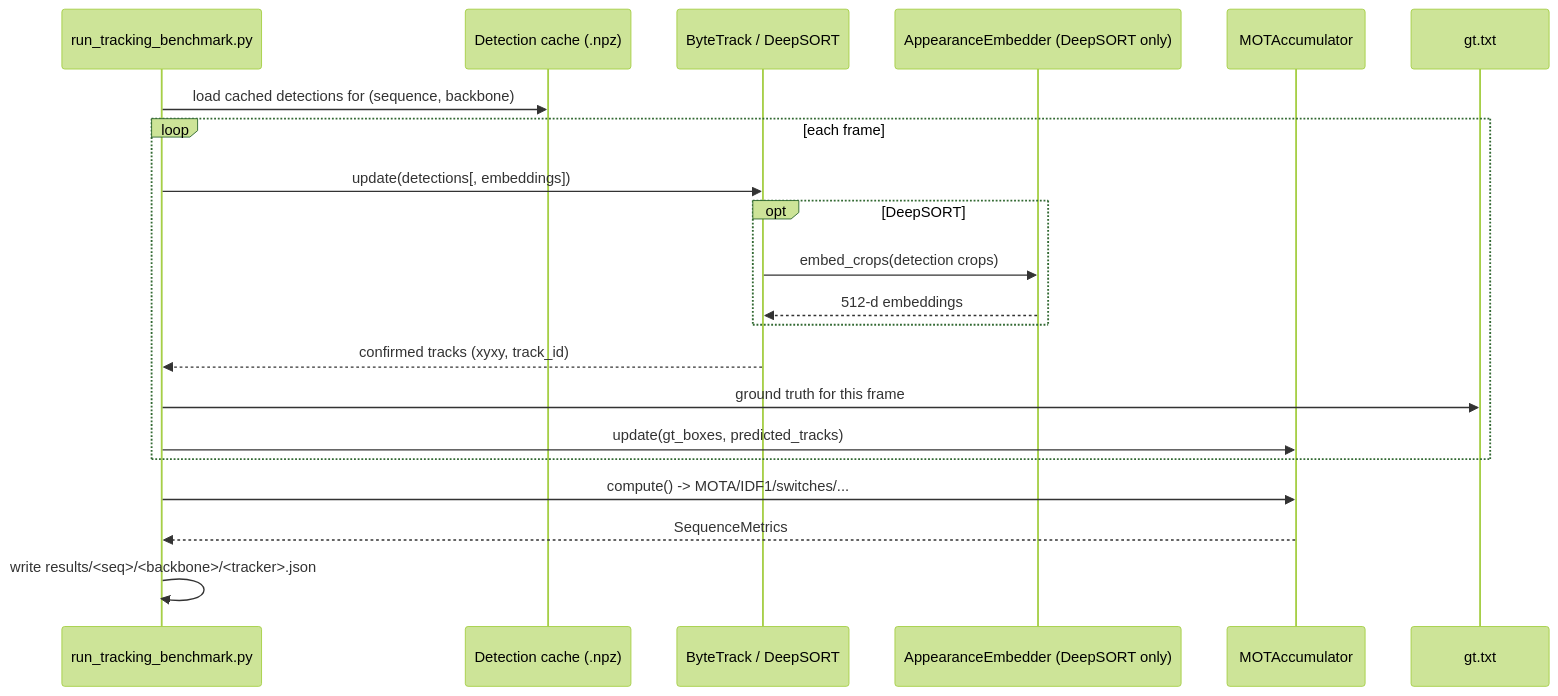
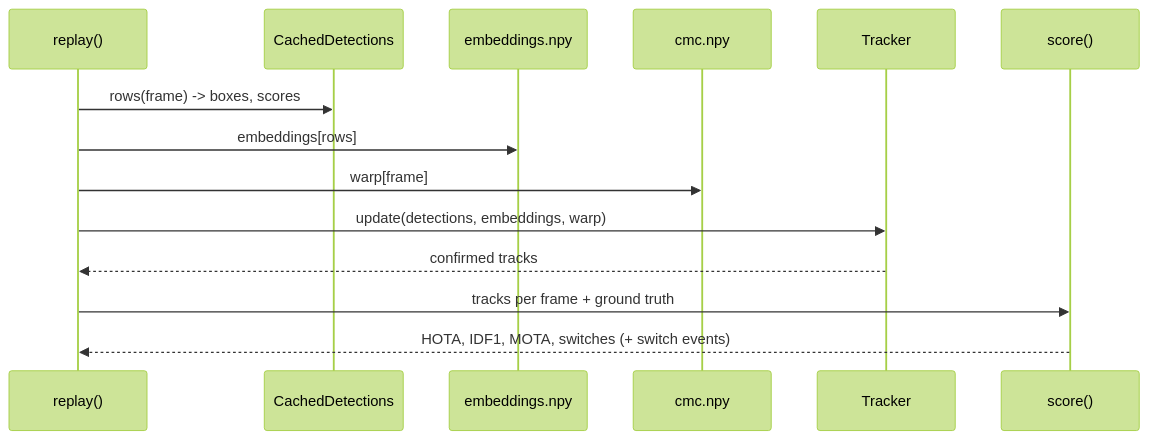
Before and after one commit to fragompul/edge-multi-object-tracking: the second of 3 diagrams in docs/architecture.md, drawn with Mermaid (forest theme). The commit also changed other lines of this file and 15 other files, not shown here.

First line of the commit message:
docs: mkdocs site (architecture, methodology, trackers, analytics, web app, privacy, cards, limitations, experiment log)

````diff
--- a/docs/architecture.md
+++ b/docs/architecture.md
@@ -70,24 +45,16 @@
 ```mermaid
 sequenceDiagram
-    participant Runner as run_tracking_benchmark.py
-    participant Cache as Detection cache (.npz)
-    participant Tracker as ByteTrack / DeepSORT
-    participant ReID as AppearanceEmbedder (DeepSORT only)
-    participant Acc as MOTAccumulator
-    participant GT as gt.txt
-
-    Runner->>Cache: load cached detections for (sequence, backbone)
-    loop each frame
-        Runner->>Tracker: update(detections[, embeddings])
-        opt DeepSORT
-            Tracker->>ReID: embed_crops(detection crops)
-            ReID-->>Tracker: 512-d embeddings
-        end
-        Tracker-->>Runner: confirmed tracks (xyxy, track_id)
-        Runner->>GT: ground truth for this frame
-        Runner->>Acc: update(gt_boxes, predicted_tracks)
-    end
-    Runner->>Acc: compute() -> MOTA/IDF1/switches/...
-    Acc-->>Runner: SequenceMetrics
-    Runner->>Runner: write results/<seq>/<backbone>/<tracker>.json
+    participant R as replay()
+    participant C as CachedDetections
+    participant E as embeddings.npy
+    participant W as cmc.npy
+    participant T as Tracker
+    participant S as score()
+    R->>C: rows(frame) -> boxes, scores
+    R->>E: embeddings[rows]
+    R->>W: warp[frame]
+    R->>T: update(detections, embeddings, warp)
+    T-->>R: confirmed tracks
+    R->>S: tracks per frame + ground truth
+    S-->>R: HOTA, IDF1, MOTA, switches (+ switch events)
 ```
````
